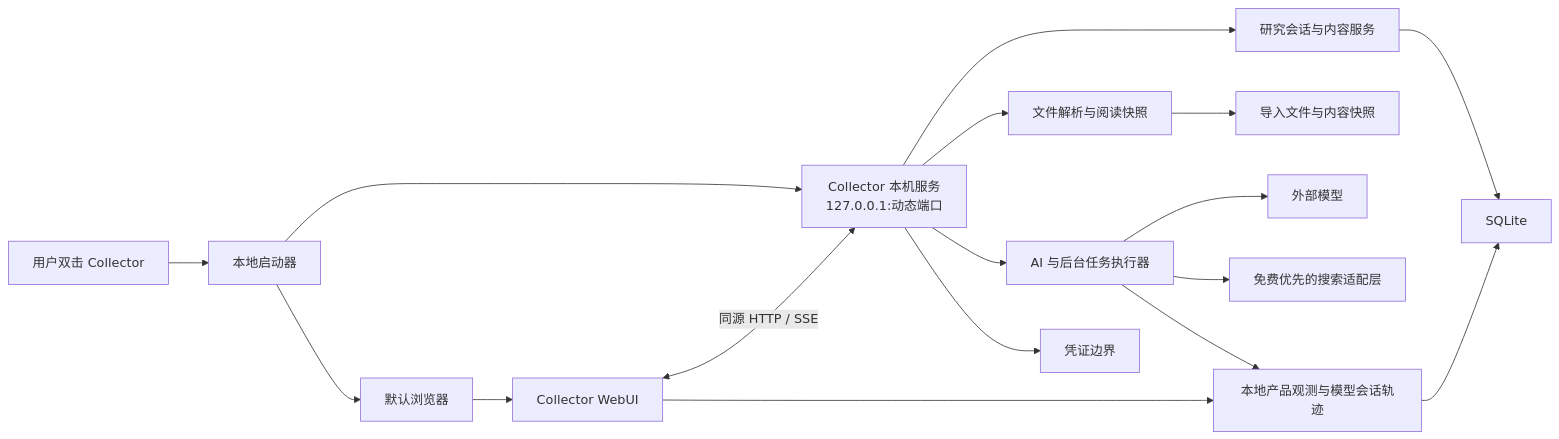
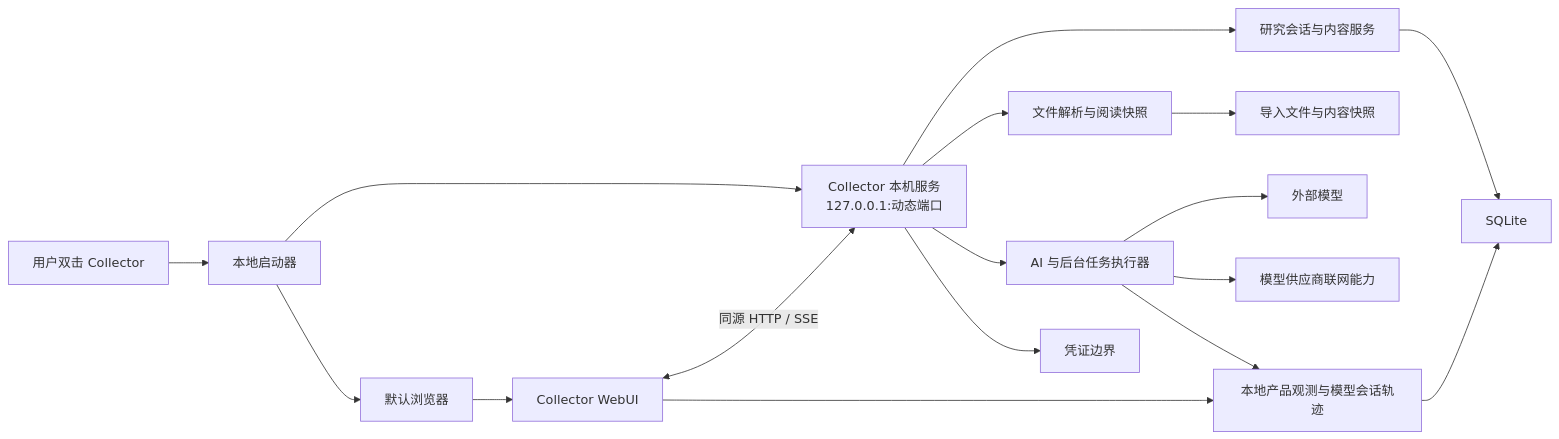
Before and after one commit to doupier-AI/collector: the diagram in docs/ARCHITECTURE.md, drawn with Mermaid. The commit also changed other lines of this file and 35 other files, not shown here.

````diff
--- a/docs/ARCHITECTURE.md
+++ b/docs/ARCHITECTURE.md
@@ -21,21 +21,21 @@
 ```mermaid
 flowchart LR
   USER["用户双击 Collector"] --> LAUNCHER["本地启动器"]
   LAUNCHER --> SERVICE["Collector 本机服务<br/>127.0.0.1:动态端口"]
   LAUNCHER --> BROWSER["默认浏览器"]
   BROWSER --> WEBUI["Collector WebUI"]
   WEBUI <-->|"同源 HTTP / SSE"| SERVICE
 
   SERVICE --> DOMAIN["研究会话与内容服务"]
   SERVICE --> PARSER["文件解析与阅读快照"]
   SERVICE --> TASKS["AI 与后台任务执行器"]
   SERVICE --> CREDS["凭证边界"]
   WEBUI --> TRACE["本地产品观测与模型会话轨迹"]
 
   DOMAIN --> SQLITE["SQLite"]
   PARSER --> FILES["导入文件与内容快照"]
   TASKS --> MODELS["外部模型"]
-  TASKS --> SEARCH["免费优先的搜索适配层"]
+  TASKS --> SEARCH["模型供应商联网能力"]
   TASKS --> TRACE
   TRACE --> SQLITE
 ```
````
